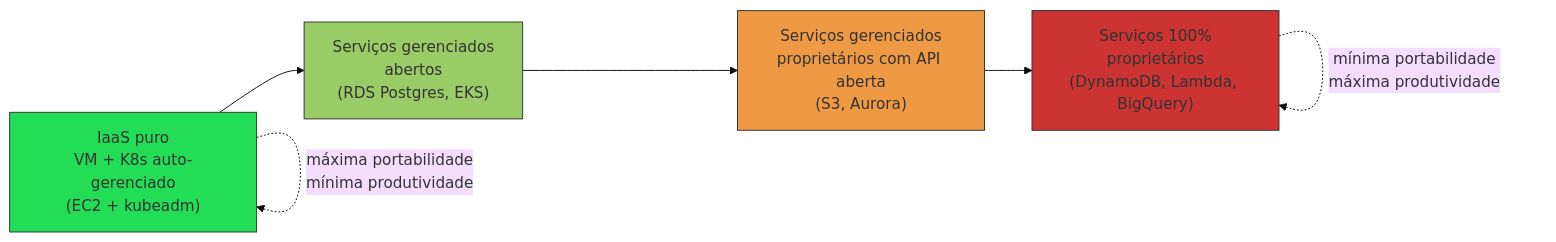
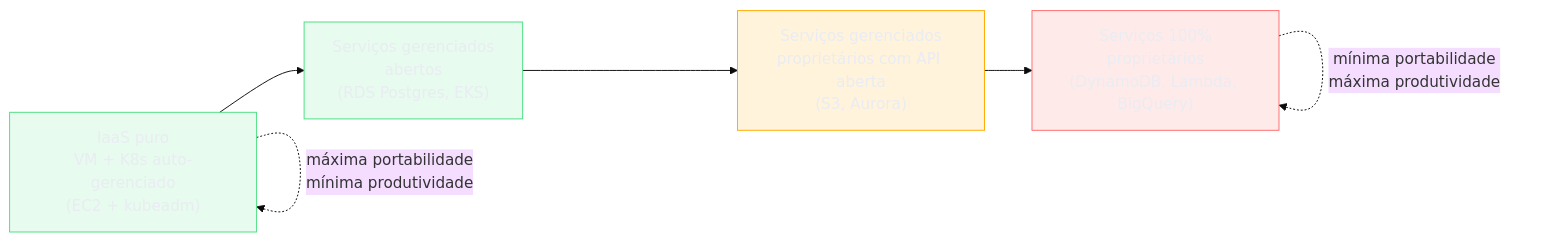
The first of 3 diagrams in 03-Dominios/Tecnologia/Cloud/23 - Panorama multi-cloud e portabilidade/05 - Lock-in e portabilidade — Kubernetes como camada.md (josenaldo/codex-technomanticus), drawn with Mermaid (base theme) before and after one commit. The commit also changed other lines of this file and 1181 other files, not shown here.

First line of the commit message:
fix(diagramas): paleta do sistema no lugar de cor cravada no markdown

````diff
--- a/03-Dominios/Tecnologia/Cloud/23 - Panorama multi-cloud e portabilidade/05 - Lock-in e portabilidade — Kubernetes como camada.md
+++ b/03-Dominios/Tecnologia/Cloud/23 - Panorama multi-cloud e portabilidade/05 - Lock-in e portabilidade — Kubernetes como camada.md
@@ -34,14 +34,17 @@
 ```mermaid
 flowchart LR
+    classDef ok fill:#4ADE8021,stroke:#4ADE80,color:#E9ECF2
+    classDef destaque fill:#FFAA0024,stroke:#FFAA00,color:#E9ECF2
+    classDef falha fill:#FF6B6B24,stroke:#FF6B6B,color:#E9ECF2
     A["IaaS puro<br/>VM + K8s auto-gerenciado<br/>(EC2 + kubeadm)"] --> B["Serviços gerenciados<br/>abertos<br/>(RDS Postgres, EKS)"]
     B --> C["Serviços gerenciados<br/>proprietários com API aberta<br/>(S3, Aurora)"]
     C --> D["Serviços 100%<br/>proprietários<br/>(DynamoDB, Lambda, BigQuery)"]
 
     A -.->|"máxima portabilidade<br/>mínima produtividade"| A
     D -.->|"mínima portabilidade<br/>máxima produtividade"| D
 
-    style A fill:#2d5,stroke:#333
-    style B fill:#9c6,stroke:#333
-    style C fill:#e94,stroke:#333
-    style D fill:#c33,stroke:#333
+    class A ok
+    class B ok
+    class C destaque
+    class D falha
 ```
````
